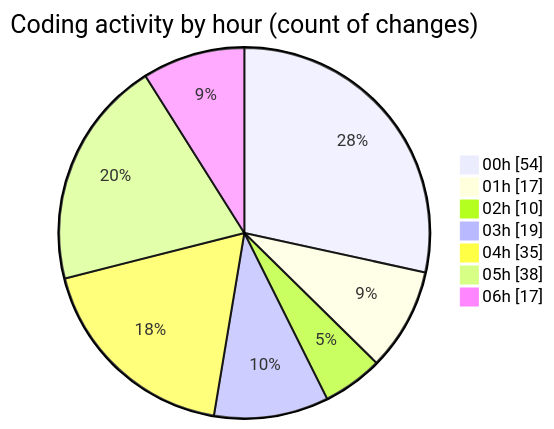
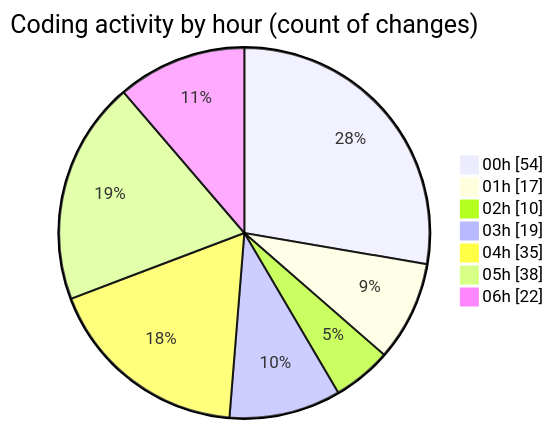
The second of 2 diagrams in 2025-07-26/quanlyrapchieuphim-1/README.md (lephambinh05/code-tracking), drawn with Mermaid before and after one commit. The commit also changed other lines of this file and 1 other file, not shown here.

````diff
--- a/2025-07-26/quanlyrapchieuphim-1/README.md
+++ b/2025-07-26/quanlyrapchieuphim-1/README.md
@@ -53,11 +53,11 @@
 ```mermaid
 pie showData
 title Coding activity by hour (count of changes)
 "00h" : 54
 "01h" : 17
 "02h" : 10
 "03h" : 19
 "04h" : 35
 "05h" : 38
-"06h" : 17
+"06h" : 22
 ```
````
